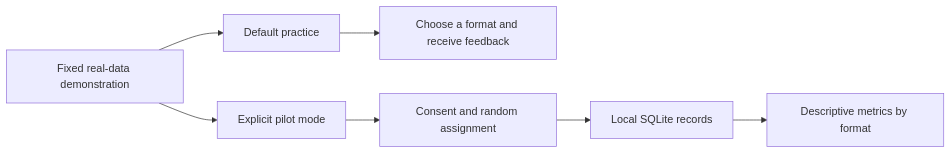
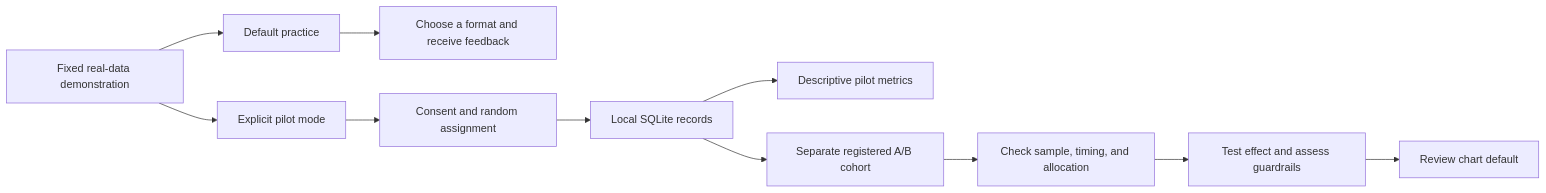
The diagram in README.md (alisaayz/portfolio-risk), drawn with Mermaid before and after one commit. The commit also changed other lines of this file and 11 other files, not shown here.

````diff
--- a/README.md
+++ b/README.md
@@ -100,9 +102,13 @@
 ```mermaid
 flowchart LR
     A[Fixed real-data demonstration] --> B[Default practice]
     A --> C[Explicit pilot mode]
     B --> D[Choose a format and receive feedback]
     C --> E[Consent and random assignment]
     E --> F[Local SQLite records]
-    F --> G[Descriptive metrics by format]
+    F --> G[Descriptive pilot metrics]
+    F --> H[Separate registered A/B cohort]
+    H --> I[Check sample, timing, and allocation]
+    I --> J[Test effect and assess guardrails]
+    J --> K[Review chart default]
 ```
````
